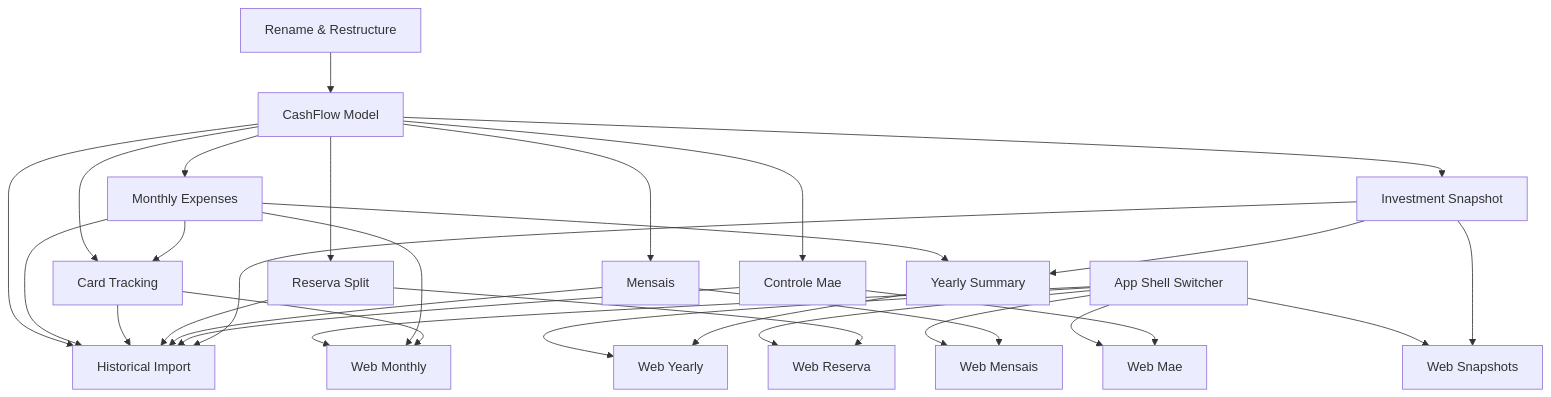
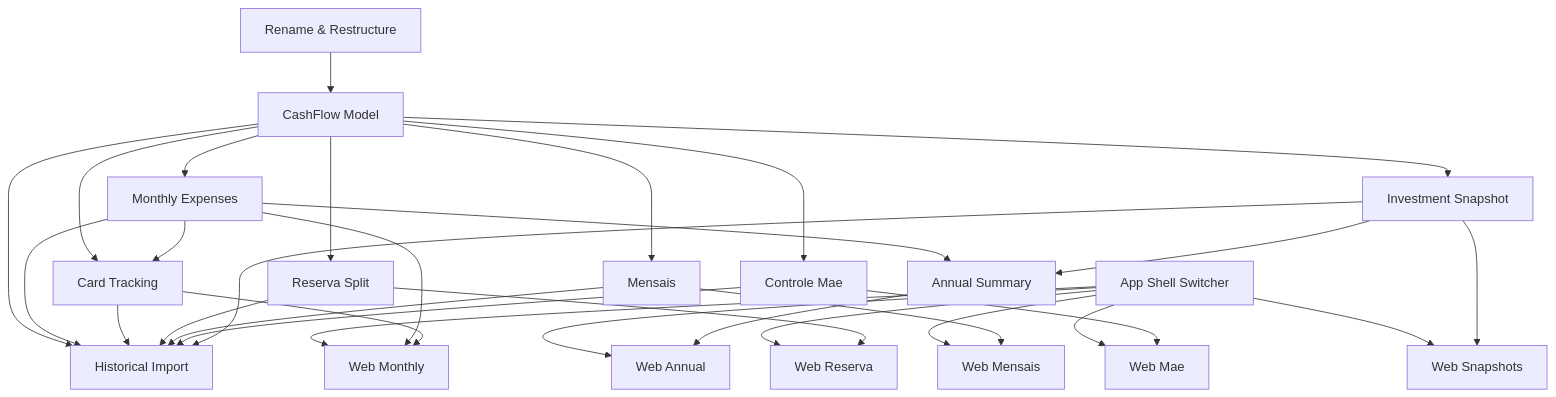
One commit to ggibellato/Financial changed the diagram in docs/prd/P11-prd-cashflow-tracking/prd-cashflow-tracking.md. Above: the diagram before and after it, drawn with Mermaid. The commit also changed other lines of this file and 67 other files, not shown here.

First line of the commit message:
refactor(cashflow): rename Yearly to Annual across code and docs (#270)

````diff
--- a/docs/prd/P11-prd-cashflow-tracking/prd-cashflow-tracking.md
+++ b/docs/prd/P11-prd-cashflow-tracking/prd-cashflow-tracking.md
@@ -515,33 +515,33 @@
 ```mermaid
 graph TD
   F01[Rename & Restructure] --> F02[CashFlow Model]
   F11[App Shell Switcher] --> F13[Web Reserva]
   F11 --> F14[Web Mensais]
   F11 --> F15[Web Mae]
   F11 --> F16[Web Snapshots]
   F11 --> F12[Web Monthly]
-  F11 --> F17[Web Yearly]
+  F11 --> F17[Web Annual]
   F02 --> F03[Monthly Expenses]
   F02 --> F05[Reserva Split]
   F02 --> F06[Mensais]
   F02 --> F07[Controle Mae]
   F02 --> F08[Investment Snapshot]
   F02 --> F04[Card Tracking]
   F03 --> F04
-  F03 --> F09[Yearly Summary]
+  F03 --> F09[Annual Summary]
   F08 --> F09
   F05 --> F13
   F06 --> F14
   F07 --> F15
   F08 --> F16
   F02 --> F10[Historical Import]
   F03 --> F10
   F04 --> F10
   F05 --> F10
   F06 --> F10
   F07 --> F10
   F08 --> F10
   F03 --> F12
   F04 --> F12
   F09 --> F17
 ```
````
